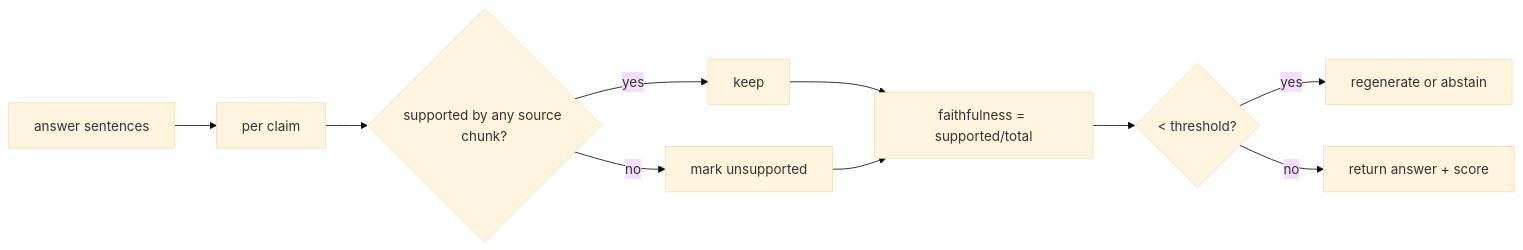
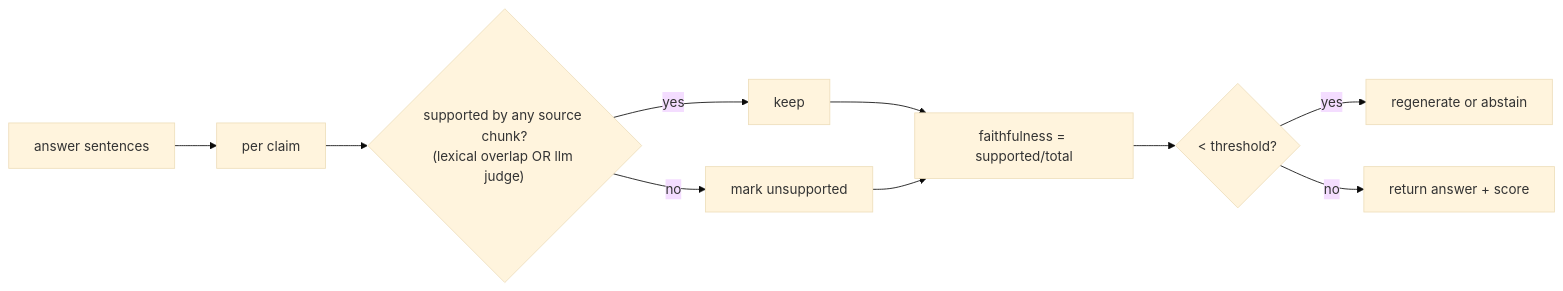
Before and after one commit to Animesh-roy100/search-and-retrieval-system: the seventh of 12 diagrams in docs/LLD.md, drawn with Mermaid (base theme). The commit also changed other lines of this file and 1 other file, not shown here.

````diff
--- a/docs/LLD.md
+++ b/docs/LLD.md
@@ -339,12 +362,12 @@
 ```mermaid
 flowchart LR
     A["answer sentences"] --> B["per claim"]
-    B --> C{"supported by any source chunk?"}
+    B --> C{"supported by any source chunk?<br/>(lexical overlap OR llm judge)"}
     C -->|yes| D["keep"]
     C -->|no| E["mark unsupported"]
     D --> F["faithfulness = supported/total"]
     E --> F
     F --> G{"< threshold?"}
     G -->|yes| H["regenerate or abstain"]
     G -->|no| I["return answer + score"]
 ```
````
